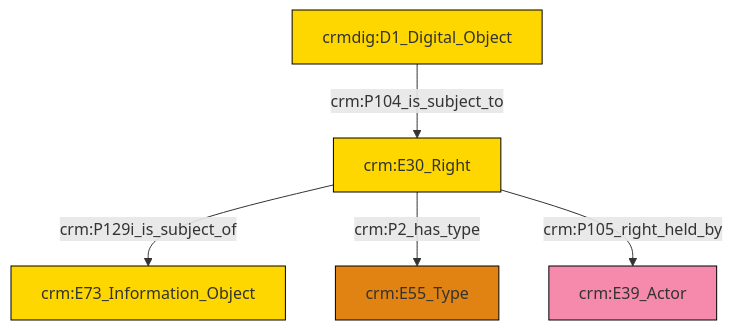
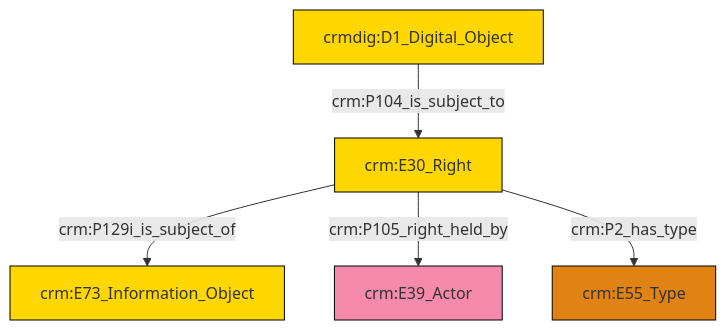
One commit to swiss-art-research-net/reference-data-models changed the diagram in et/doCSV/ttl/mmd/do_rights.ttl.mmd. Above: the diagram before and after it, drawn with Mermaid. The commit also changed 119 other files, not shown here.

```diff
--- a/et/doCSV/ttl/mmd/do_rights.ttl.mmd
+++ b/et/doCSV/ttl/mmd/do_rights.ttl.mmd
@@ -1,19 +1,19 @@
 graph TD
 classDef Literal fill:#f2f2f2,stroke:#000000;
 classDef CRM_Entity fill:#FFFFFF,stroke:#000000;
 classDef Temporal_Entity fill:#00C9E6, stroke:#000000;
 classDef Type fill:#E18312, stroke:#000000;
 classDef Time-Span fill:#2C9C91, stroke:#000000;
 classDef Appellation fill:#FFEB7F, stroke:#000000;
 classDef Place fill:#008836, stroke:#000000;
 classDef Persistent_Item fill:#B266B2, stroke:#000000;
 classDef Conceptual_Object fill:#FFD700, stroke:#000000;
 classDef Physical_Thing fill:#D2B48C, stroke:#000000;
 classDef Actor fill:#f58aad, stroke:#000000;
 classDef PC_Classes fill:#4ce600, stroke:#000000;
 classDef Multi fill:#cccccc,stroke:#000000;
 
-2["crmdig:D1_Digital_Object"]:::Conceptual_Object -->|crm:P104_is_subject_to| 0["crm:E30_Right"]:::Conceptual_Object
-0["crm:E30_Right"]:::Conceptual_Object -->|crm:P129i_is_subject_of| 3["crm:E73_Information_Object"]:::Conceptual_Object
-0["crm:E30_Right"]:::Conceptual_Object -->|crm:P2_has_type| 5["crm:E55_Type"]:::Type
-0["crm:E30_Right"]:::Conceptual_Object -->|crm:P105_right_held_by| 6["crm:E39_Actor"]:::Actor
+2["crm:E30_Right"]:::Conceptual_Object -->|crm:P129i_is_subject_of| 4["crm:E73_Information_Object"]:::Conceptual_Object
+2["crm:E30_Right"]:::Conceptual_Object -->|crm:P105_right_held_by| 0["crm:E39_Actor"]:::Actor
+8["crmdig:D1_Digital_Object"]:::Conceptual_Object -->|crm:P104_is_subject_to| 2["crm:E30_Right"]:::Conceptual_Object
+2["crm:E30_Right"]:::Conceptual_Object -->|crm:P2_has_type| 6["crm:E55_Type"]:::Type
```
